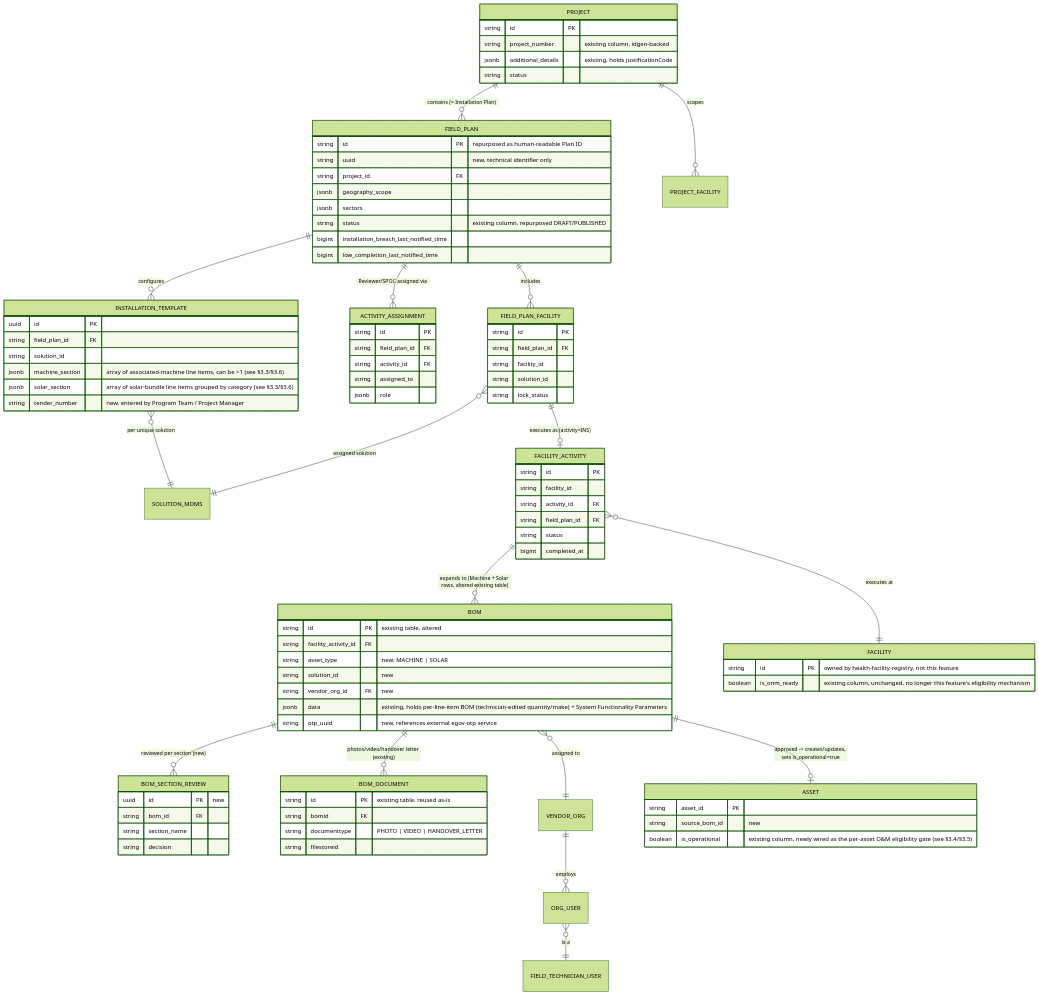
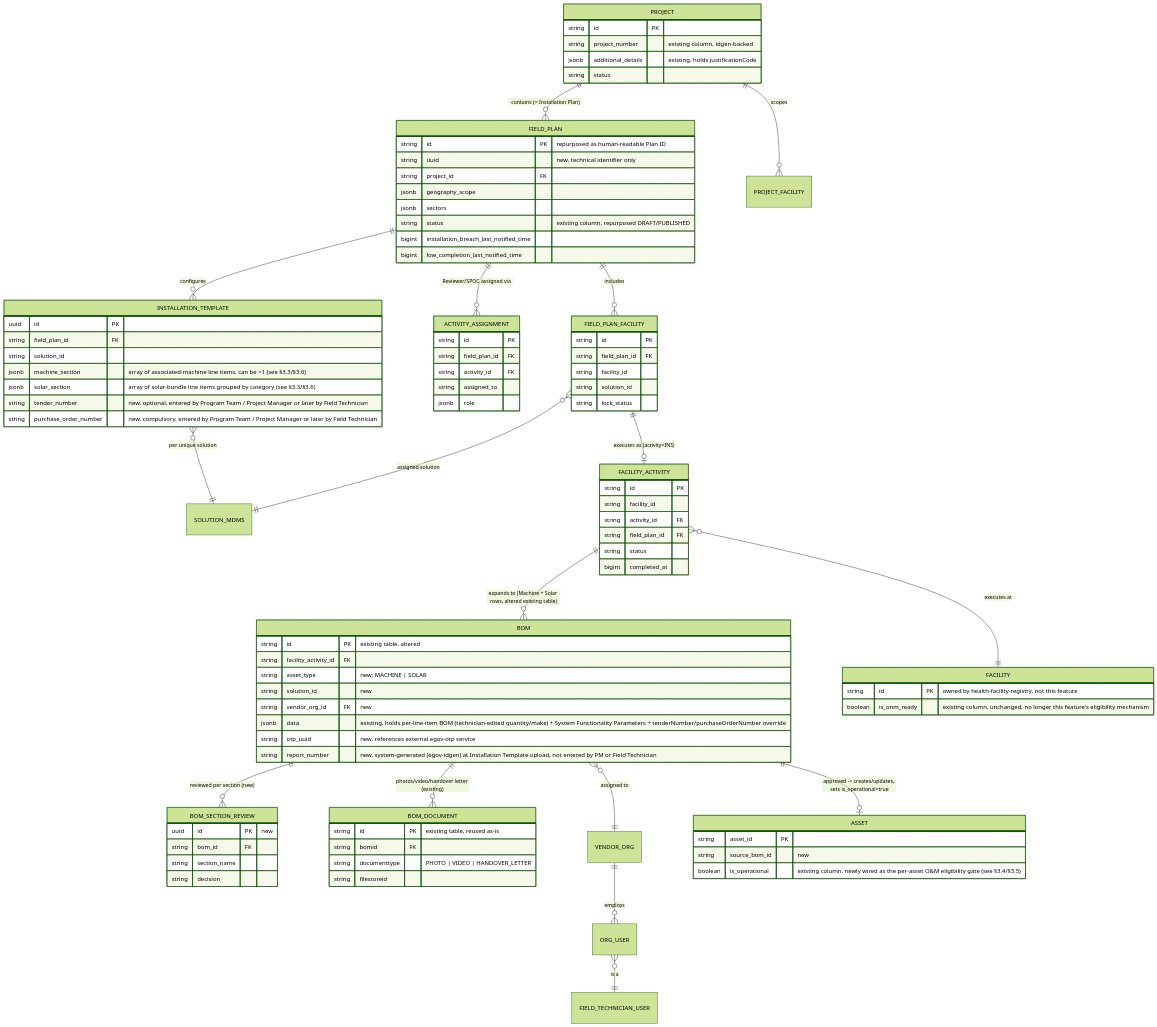
The first of 5 diagrams in Z_docs/Livelihood_installation/Livelihood_Installation_LLD.md (Selco-Foundation/Selco-Livelihood), drawn with Mermaid (forest theme) before and after one commit. The commit also changed other lines of this file and 3 other files, not shown here.

```diff
--- a/Z_docs/Livelihood_installation/Livelihood_Installation_LLD.md
+++ b/Z_docs/Livelihood_installation/Livelihood_Installation_LLD.md
@@ -455,7 +463,8 @@
         string solution_id
         jsonb machine_section "array of associated-machine line items, can be >1 (see §3.3/§3.6)"
         jsonb solar_section "array of solar-bundle line items grouped by category (see §3.3/§3.6)"
-        string tender_number "new, entered by Program Team / Project Manager"
+        string tender_number "new, optional, entered by Program Team / Project Manager or later by Field Technician"
+        string purchase_order_number "new, compulsory, entered by Program Team / Project Manager or later by Field Technician"
     }
     BOM {
         string id PK "existing table, altered"
@@ -463,8 +472,9 @@
         string asset_type "new: MACHINE | SOLAR"
         string solution_id "new"
         string vendor_org_id FK "new"
-        jsonb data "existing, holds per-line-item BOM (technician-edited quantity/make) + System Functionality Parameters"
+        jsonb data "existing, holds per-line-item BOM (technician-edited quantity/make) + System Functionality Parameters + tenderNumber/purchaseOrderNumber override"
         string otp_uuid "new, references external egov-otp service"
+        string report_number "new, system-generated (egov-idgen) at Installation Template upload, not entered by PM or Field Technician"
     }
     BOM_DOCUMENT {
         string id PK "existing table, reused as-is"
```
